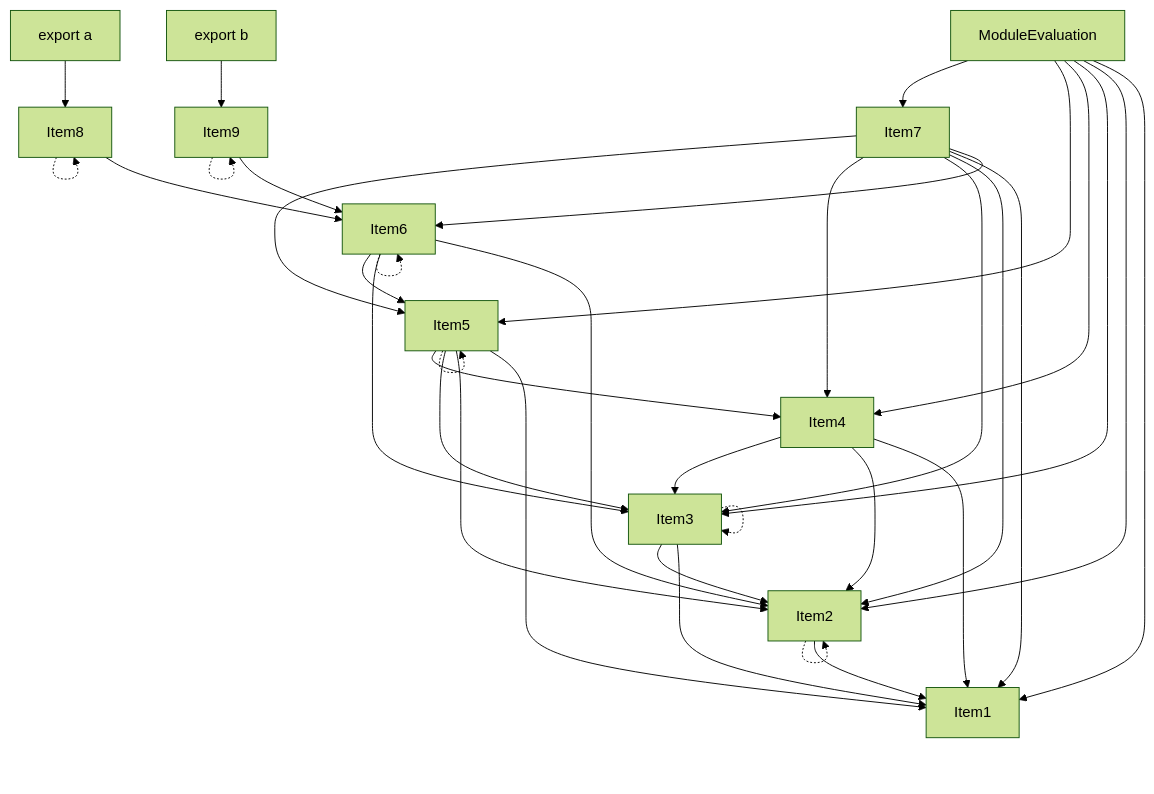
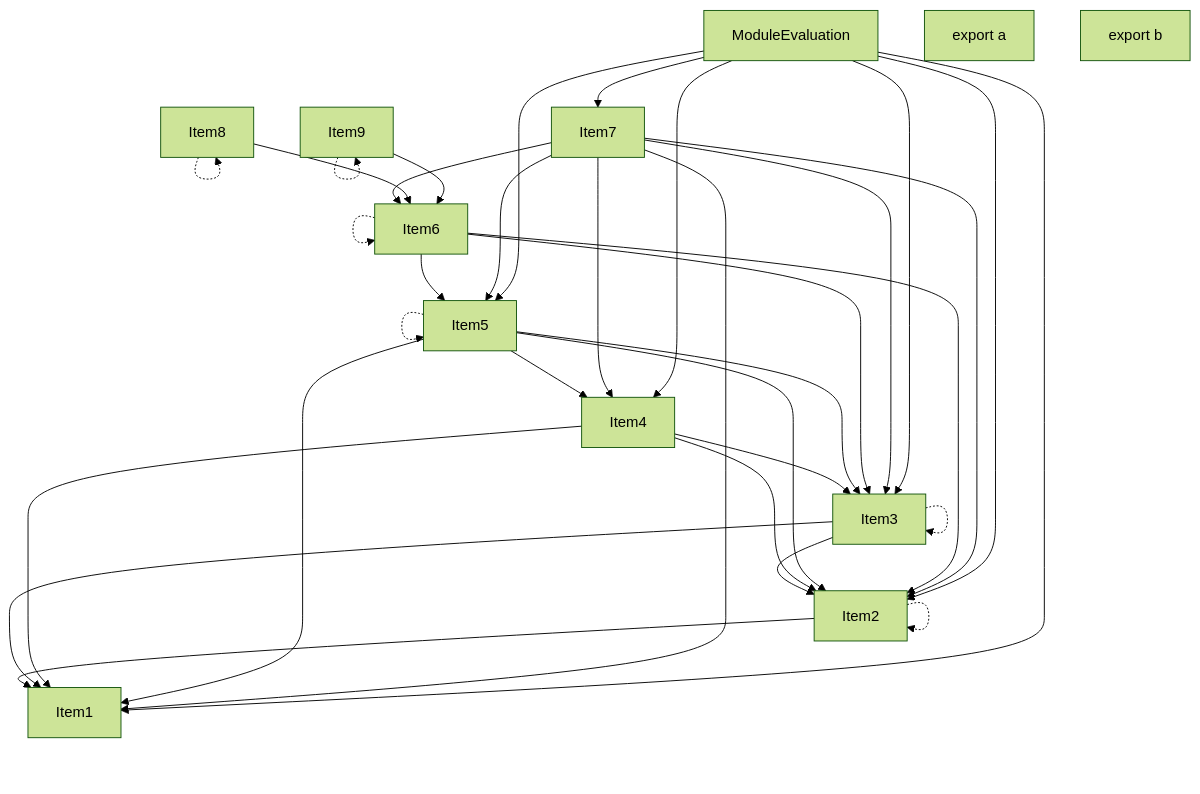
The fourth of 5 diagrams in crates/turbopack-ecmascript/tests/tree-shaker/analyzer/shared-and-side-effects/output.md (vercel/turborepo), drawn with Mermaid (forest theme) before and after one commit. The commit also changed other lines of this file and 20 other files, not shown here.

````diff
--- a/crates/turbopack-ecmascript/tests/tree-shaker/analyzer/shared-and-side-effects/output.md
+++ b/crates/turbopack-ecmascript/tests/tree-shaker/analyzer/shared-and-side-effects/output.md
@@ -221,53 +221,51 @@
 ```mermaid
 graph TD
     Item1;
     Item2;
     Item3;
     Item4;
     Item5;
     Item6;
     Item7;
     Item8;
     Item9;
     Item10;
     Item10["ModuleEvaluation"];
     Item11;
     Item11["export a"];
     Item12;
     Item12["export b"];
     Item2 -.-> Item2;
     Item2 --> Item1;
     Item3 -.-> Item3;
     Item3 --> Item1;
     Item3 --> Item2;
     Item4 --> Item1;
     Item4 --> Item2;
     Item4 --> Item3;
     Item5 -.-> Item5;
     Item5 --> Item1;
     Item5 --> Item2;
     Item5 --> Item3;
     Item5 --> Item4;
     Item6 --> Item2;
     Item6 --> Item3;
     Item6 --> Item5;
     Item6 -.-> Item6;
     Item7 --> Item6;
     Item7 --> Item1;
     Item7 --> Item2;
     Item7 --> Item3;
     Item7 --> Item4;
     Item7 --> Item5;
     Item8 --> Item6;
     Item8 -.-> Item8;
     Item9 --> Item6;
     Item9 -.-> Item9;
     Item10 --> Item1;
     Item10 --> Item2;
     Item10 --> Item3;
     Item10 --> Item4;
     Item10 --> Item5;
     Item10 --> Item7;
-    Item11 --> Item8;
-    Item12 --> Item9;
 ```
````
